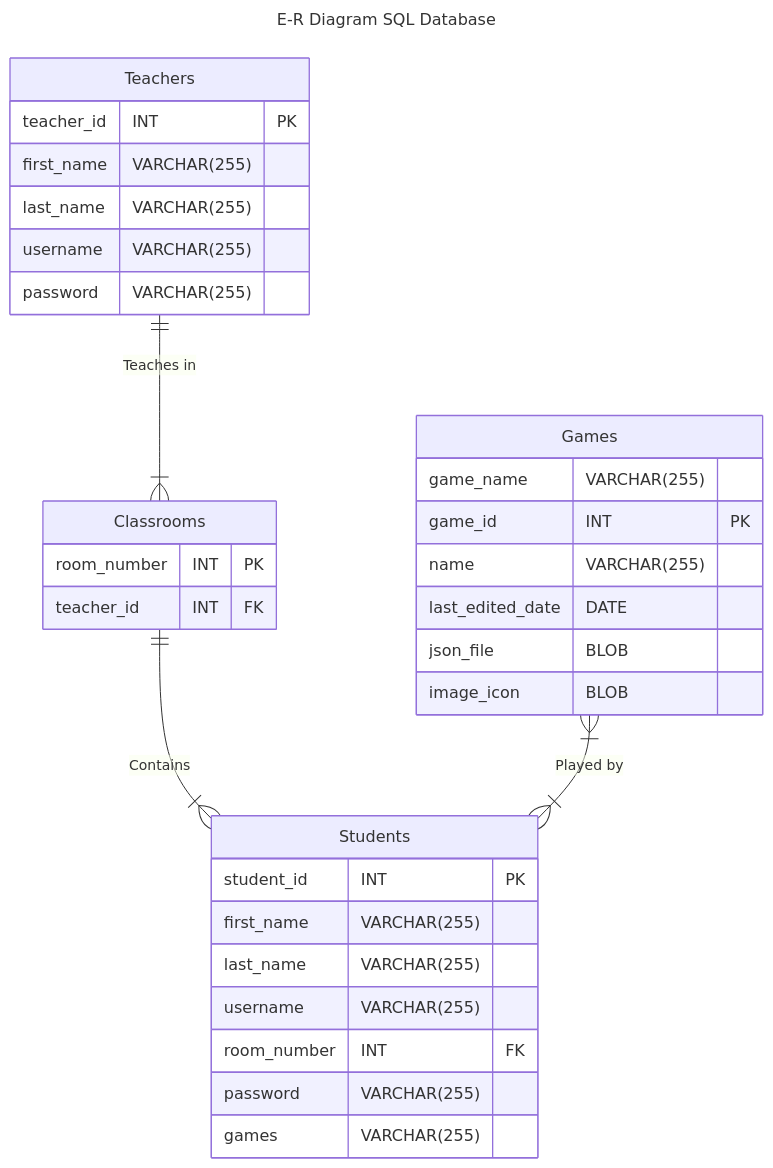
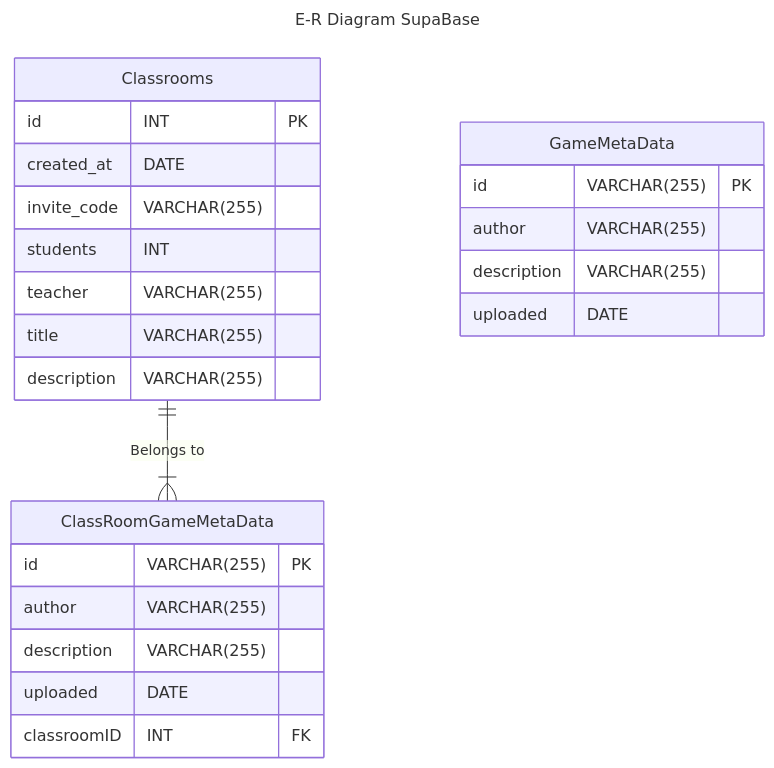
One commit to Capstone-Projects-2024-Spring/project-blastpad changed the diagram in documentation/docs/system-architecture/entity-relation-diagram.md. Above: the diagram before and after it, drawn with Mermaid. The commit also changed other lines of this file, not shown here.

````diff
--- a/documentation/docs/system-architecture/entity-relation-diagram.md
+++ b/documentation/docs/system-architecture/entity-relation-diagram.md
@@ -17,38 +13,29 @@
 ```mermaid
 ---
-title: "E-R Diagram SQL Database"
+title: "E-R Diagram SupaBase"
 ---
 erDiagram
-    Teachers {
-        teacher_id INT PK
-        first_name VARCHAR(255)
-        last_name VARCHAR(255)
-        username VARCHAR(255)
-		password VARCHAR(255)
+    Classrooms {
+        id INT PK
+        created_at DATE
+        invite_code VARCHAR(255)
+        students INT
+        teacher VARCHAR(255)
+        title VARCHAR(255)
+        description VARCHAR(255)
     }
-    Classrooms {
-        room_number INT PK
-        teacher_id INT FK
+    ClassRoomGameMetaData{
+        id VARCHAR(255) PK
+        author VARCHAR(255)
+        description VARCHAR(255)
+        uploaded DATE
+        classroomID INT FK
     }
-    Students {
-        student_id INT PK
-        first_name VARCHAR(255)
-        last_name VARCHAR(255)
-		username VARCHAR(255)
-        room_number INT FK
-        password VARCHAR(255)
-        games VARCHAR(255)
+    GameMetaData {
+		id VARCHAR(255) PK
+        author VARCHAR(255)
+        description VARCHAR(255)
+        uploaded DATE
     }
-    Games {
-		game_name VARCHAR(255)
-        game_id INT PK
-        name VARCHAR(255)
-        last_edited_date DATE
-        json_file BLOB
-        image_icon BLOB
-    }
-    
-    Teachers ||--|{ Classrooms : "Teaches in"
-    Classrooms ||--|{ Students : "Contains"
-    Games |{--|{ Students : "Played by"
+    Classrooms ||--|{ ClassRoomGameMetaData : "Belongs to"
 ```
````
